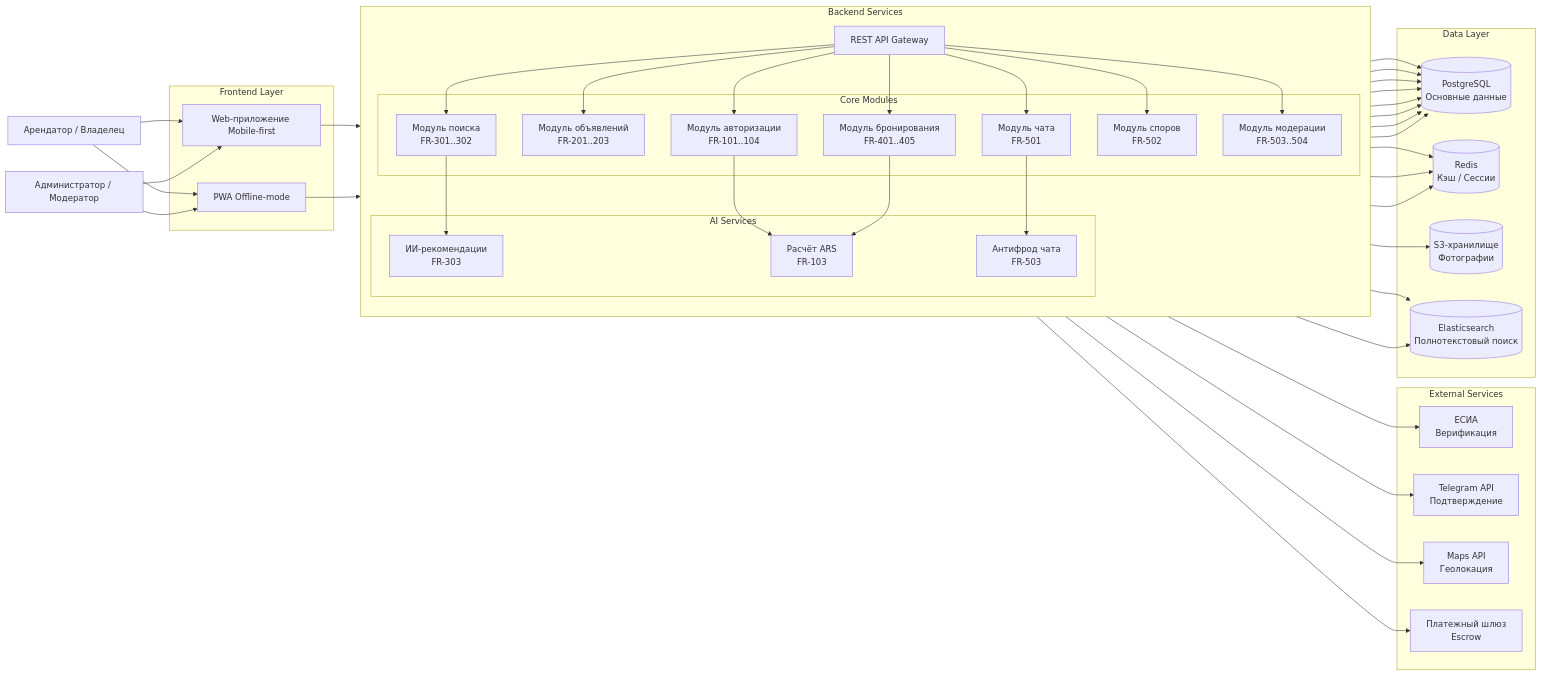
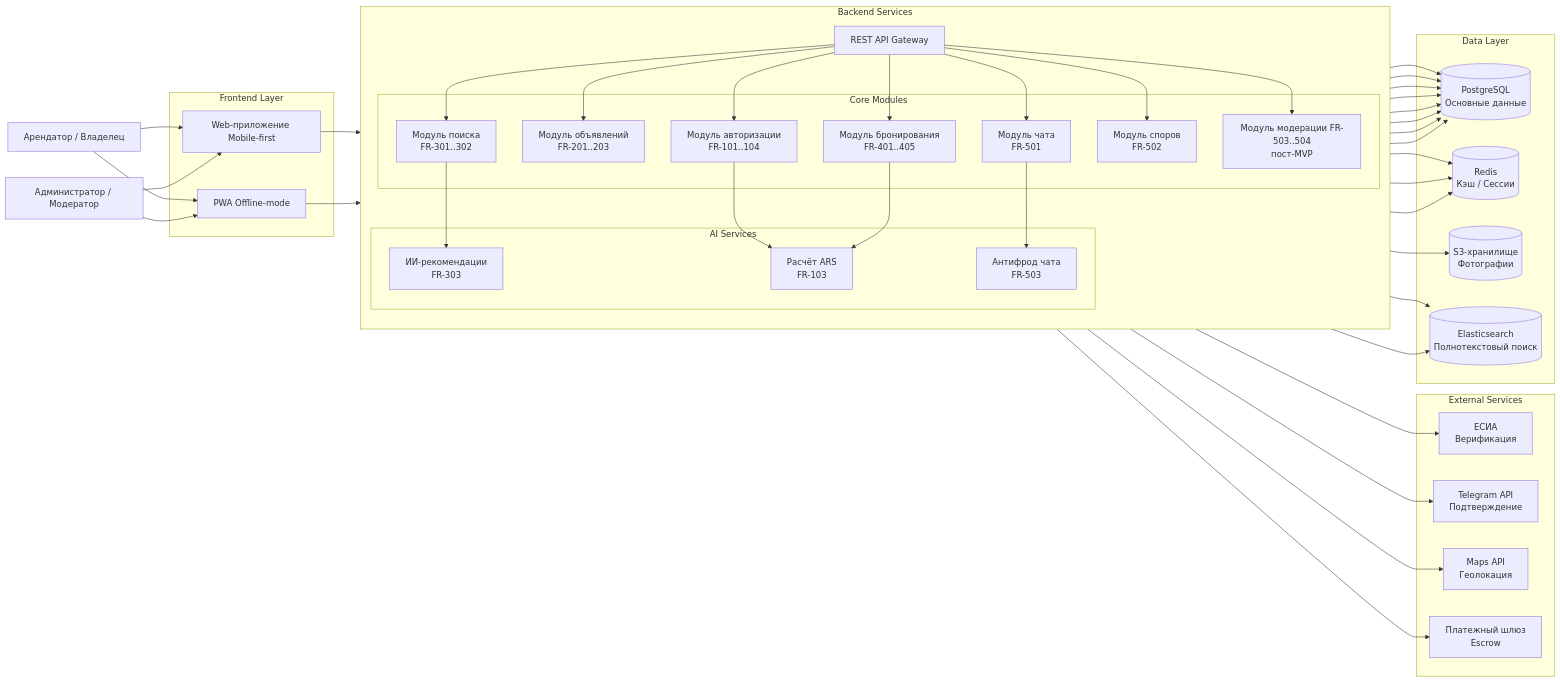
Before and after one commit to Rento-devteam/Rento: the diagram in docs/flowshart/flowchart.md, drawn with Mermaid. The commit also changed 30 other files, not shown here.

```diff
--- a/docs/flowshart/flowchart.md
+++ b/docs/flowshart/flowchart.md
@@ -20,7 +20,7 @@
       Booking[Модуль бронирования<br/>FR-401..405]
       Chat[Модуль чата<br/>FR-501]
       Dispute[Модуль споров<br/>FR-502]
-      Moderation[Модуль модерации<br/>FR-503..504]
+      Moderation[Модуль модерации FR-503..504<br/>пост-MVP]
      end
     
      subgraph AI [AI Services]
```
